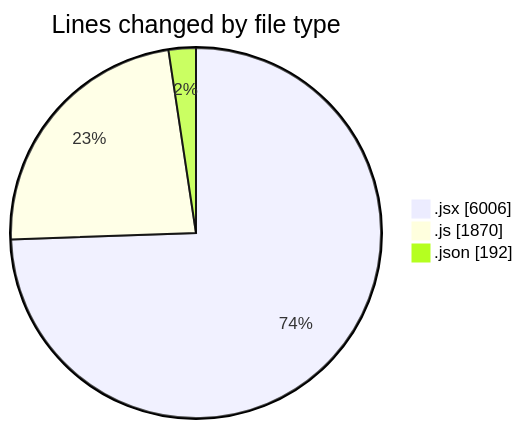
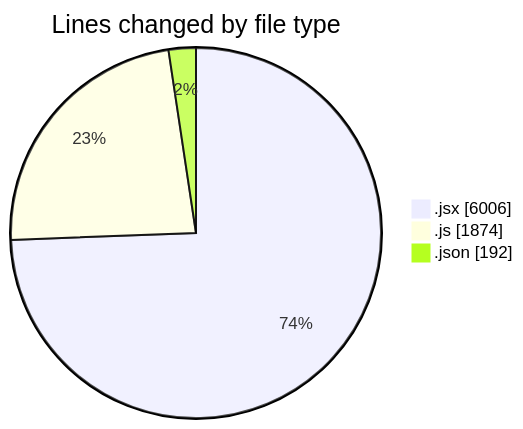
The first of 2 diagrams in 2025-08-06/nxtqube_webapp/README.md (nxtqubesakshisongat/code-tracking), drawn with Mermaid before and after one commit. The commit also changed other lines of this file and 1 other file, not shown here.

````diff
--- a/2025-08-06/nxtqube_webapp/README.md
+++ b/2025-08-06/nxtqube_webapp/README.md
@@ -31,7 +31,7 @@
 ```mermaid
 pie showData
 title Lines changed by file type
 ".jsx" : 6006
-".js" : 1870
+".js" : 1874
 ".json" : 192
 ```
````
